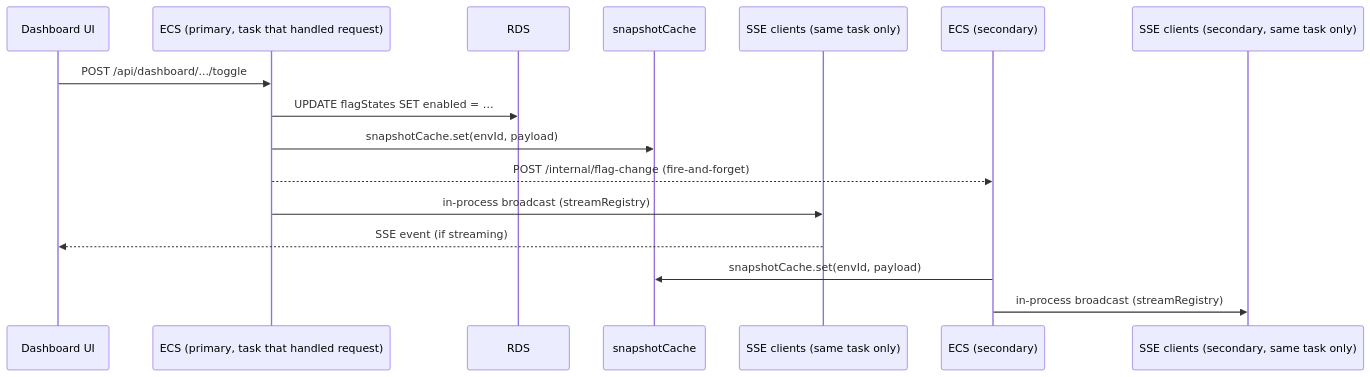
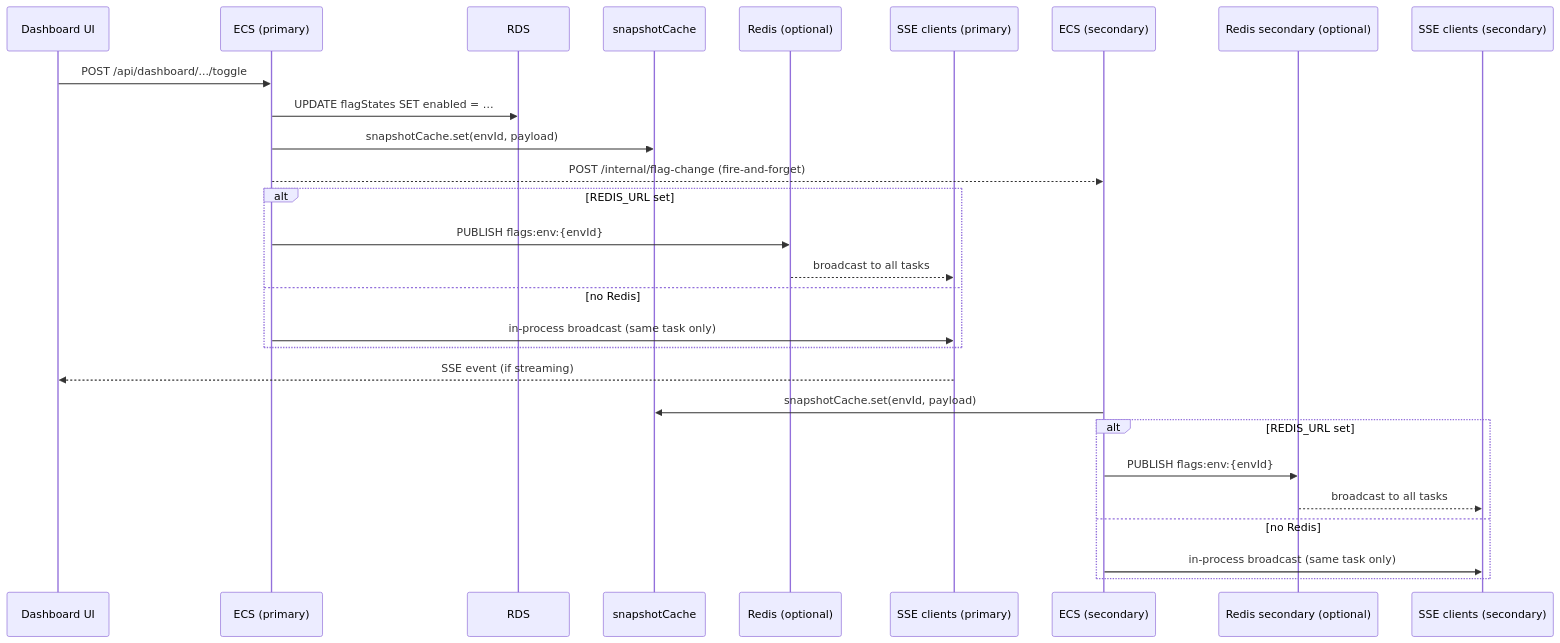
Before and after one commit to bipinrajbhar/vexillo: the second of 4 diagrams in docs/architecture.md, drawn with Mermaid. The commit also changed other lines of this file, not shown here.

Commit message:
docs: add Redis back to architecture diagrams as optional component
Show Redis in system overview (dashed lines) and flag toggle sequence
with alt blocks for with/without Redis paths.

````diff
--- a/docs/architecture.md
+++ b/docs/architecture.md
@@ -57,20 +61,33 @@
 ```mermaid
 sequenceDiagram
     participant Admin as Dashboard UI
-    participant API as ECS (primary, task that handled request)
+    participant API as ECS (primary)
     participant DB as RDS
     participant Cache as snapshotCache
-    participant SSE_P as SSE clients (same task only)
+    participant Redis as Redis (optional)
+    participant SSE_P as SSE clients (primary)
     participant Sec as ECS (secondary)
-    participant SSE_S as SSE clients (secondary, same task only)
+    participant Redis_S as Redis secondary (optional)
+    participant SSE_S as SSE clients (secondary)
 
     Admin->>API: POST /api/dashboard/.../toggle
     API->>DB: UPDATE flagStates SET enabled = …
     API->>Cache: snapshotCache.set(envId, payload)
     API-->>Sec: POST /internal/flag-change (fire-and-forget)
-    API->>SSE_P: in-process broadcast (streamRegistry)
+
+    alt REDIS_URL set
+        API->>Redis: PUBLISH flags:env:{envId}
+        Redis-->>SSE_P: broadcast to all tasks
+    else no Redis
+        API->>SSE_P: in-process broadcast (same task only)
+    end
     SSE_P-->>Admin: SSE event (if streaming)
 
     Sec->>Cache: snapshotCache.set(envId, payload)
-    Sec->>SSE_S: in-process broadcast (streamRegistry)
+    alt REDIS_URL set
+        Sec->>Redis_S: PUBLISH flags:env:{envId}
+        Redis_S-->>SSE_S: broadcast to all tasks
+    else no Redis
+        Sec->>SSE_S: in-process broadcast (same task only)
+    end
 ```
````
